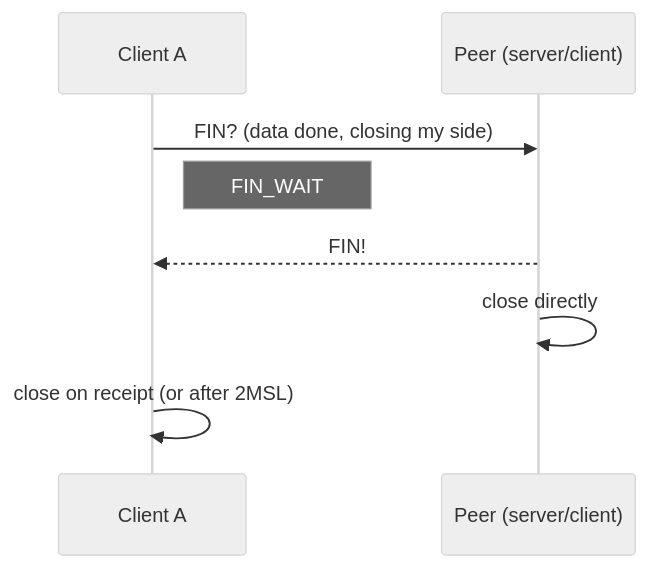
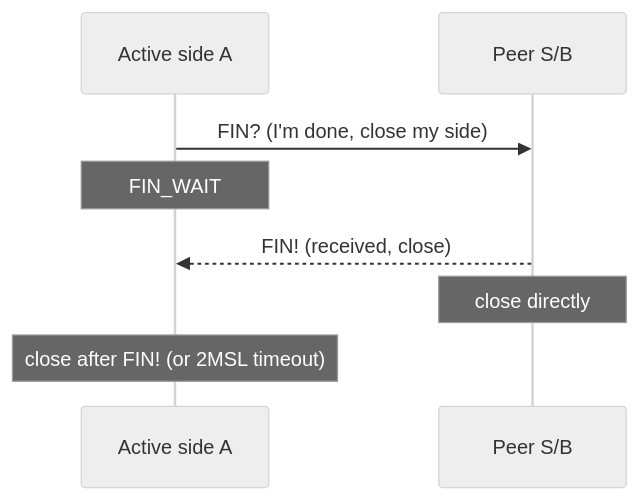
One commit to moky/magpie-bridge changed the fourth of 7 diagrams in docs/design-workflow.md. Above: the diagram before and after it, drawn with Mermaid (neutral theme). The commit also changed other lines of this file and 5 other files, not shown here.

Commit message:
docs: regenerate from ai/ tasks with mermaid diagrams

````diff
--- a/docs/design-workflow.md
+++ b/docs/design-workflow.md
@@ -59,10 +88,10 @@
 ```mermaid
 sequenceDiagram
-    participant A as Client A
-    participant P as Peer (server/client)
-    A->>P: FIN? (data done, closing my side)
-    Note right of A: FIN_WAIT
-    P-->>A: FIN!
-    P->>P: close directly
-    A->>A: close on receipt (or after 2MSL)
+    participant A as Active side A
+    participant S as Peer S/B
+    A->>S: FIN? (I'm done, close my side)
+    Note over A: FIN_WAIT
+    S-->>A: FIN! (received, close)
+    Note over S: close directly
+    Note over A: close after FIN! (or 2MSL timeout)
 ```
````
